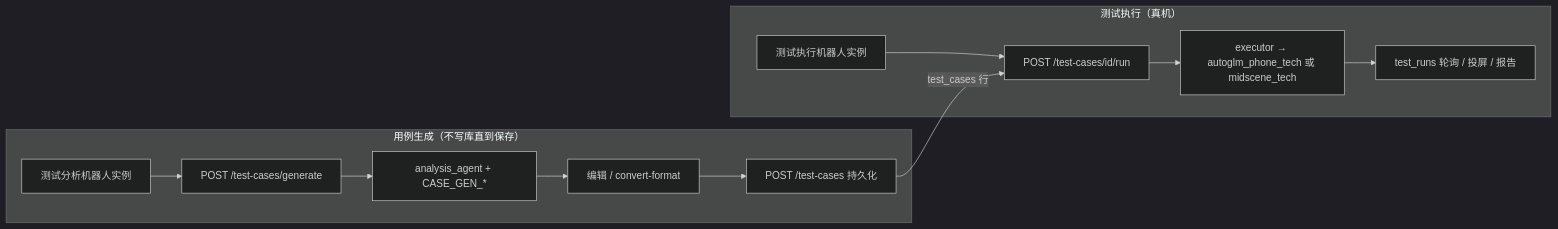
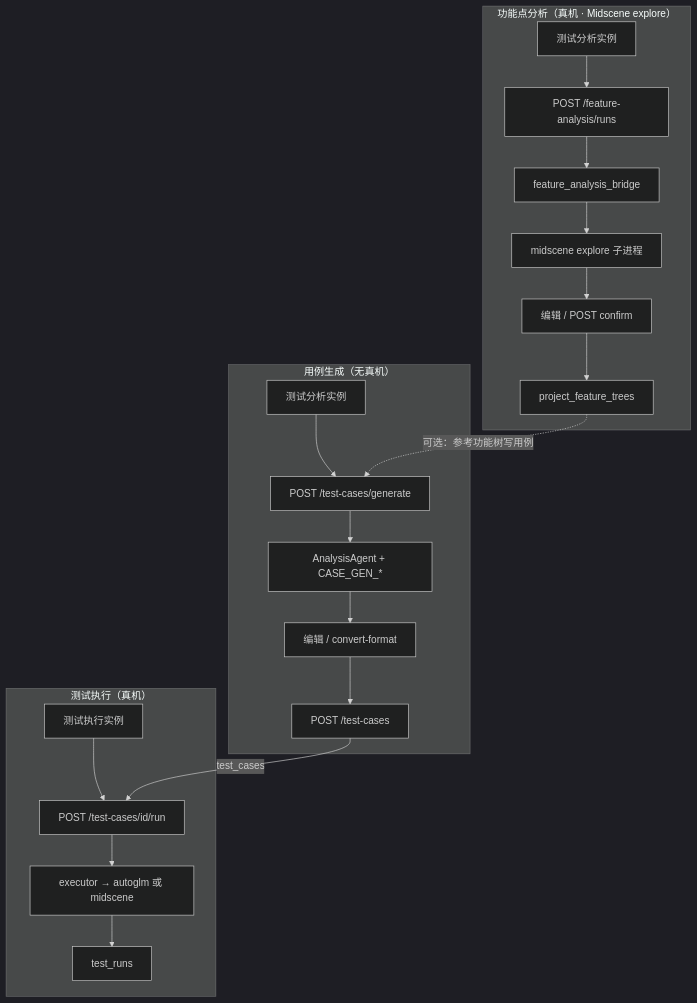
One commit to dyingmanliu/test_robot changed the second of 4 diagrams in ARCHITECTURE.md. Above: the diagram before and after it, drawn with Mermaid (dark theme). The commit also changed other lines of this file and 31 other files, not shown here.

````diff
--- a/ARCHITECTURE.md
+++ b/ARCHITECTURE.md
@@ -142,21 +147,32 @@
 ```mermaid
-flowchart LR
-  subgraph gen["用例生成（不写库直到保存）"]
-    A1[测试分析机器人实例]
+flowchart TB
+  subgraph gen["用例生成（无真机）"]
+    A1[测试分析实例]
     A2[POST /test-cases/generate]
-    A3[analysis_agent + CASE_GEN_*]
+    A3[AnalysisAgent + CASE_GEN_*]
     A4[编辑 / convert-format]
-    A5[POST /test-cases 持久化]
+    A5[POST /test-cases]
     A1 --> A2 --> A3 --> A4 --> A5
   end
 
+  subgraph fa["功能点分析（真机 · Midscene explore）"]
+    F1[测试分析实例]
+    F2[POST /feature-analysis/runs]
+    F3[feature_analysis_bridge]
+    F4[midscene explore 子进程]
+    F5[编辑 / POST confirm]
+    F6[project_feature_trees]
+    F1 --> F2 --> F3 --> F4 --> F5 --> F6
+  end
+
   subgraph run["测试执行（真机）"]
-    B1[测试执行机器人实例]
+    B1[测试执行实例]
     B2[POST /test-cases/id/run]
-    B3[executor → autoglm_phone_tech 或 midscene_tech]
-    B4[test_runs 轮询 / 投屏 / 报告]
+    B3[executor → autoglm 或 midscene]
+    B4[test_runs]
     B1 --> B2 --> B3 --> B4
   end
 
-  A5 -->|test_cases 行| B2
+  A5 -->|test_cases| B2
+  F6 -.->|可选：参考功能树写用例| A2
 ```
````
